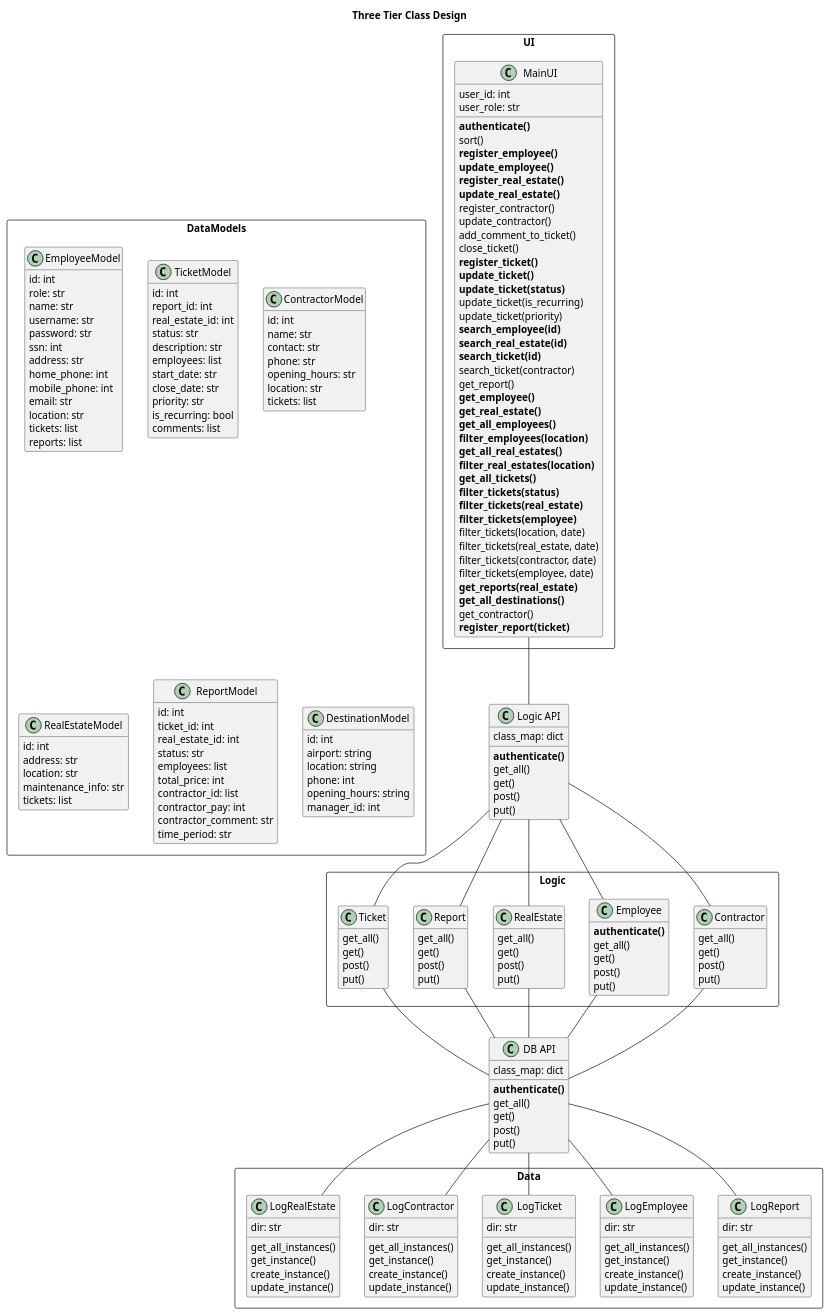
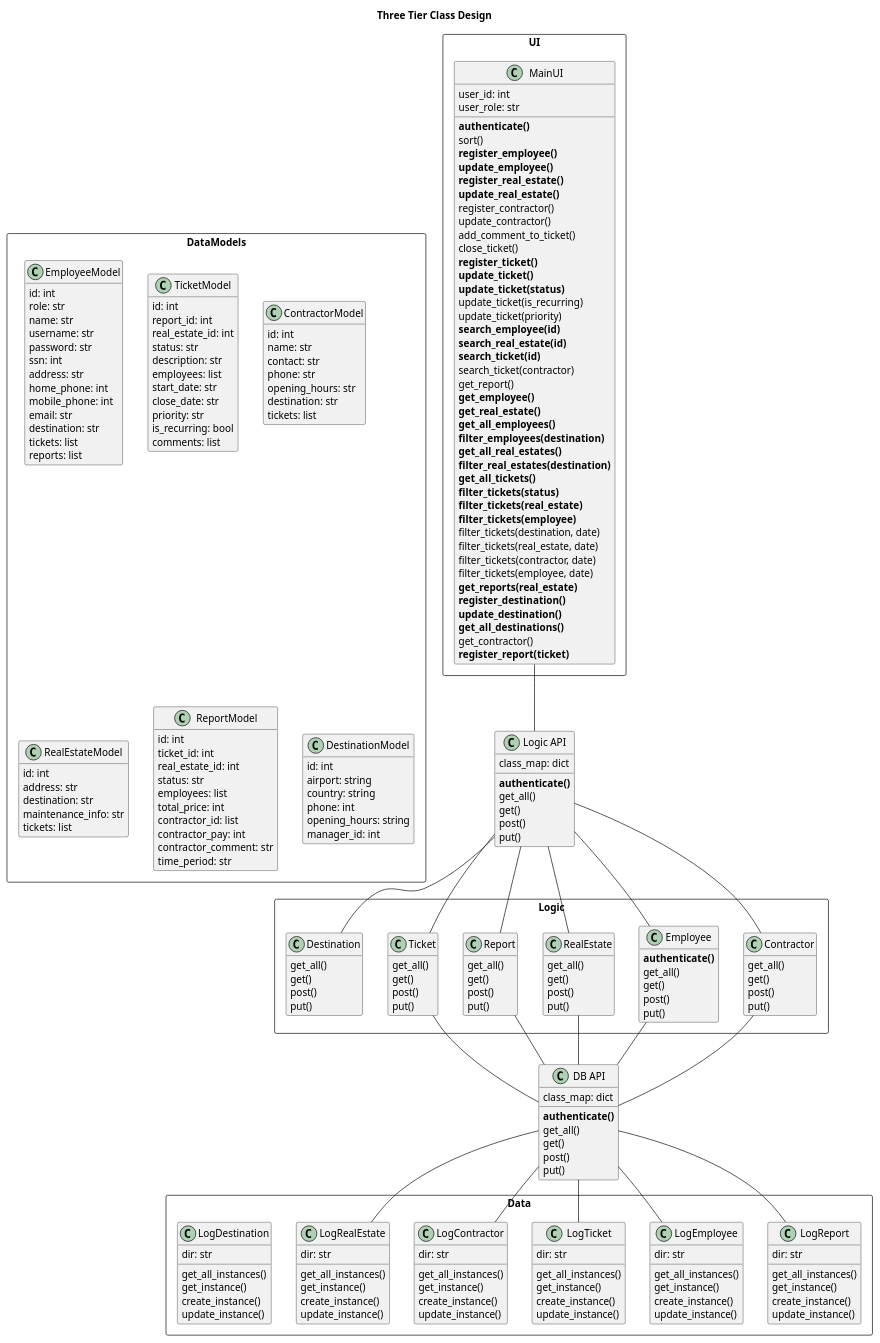
The diagram in design/class_diagrams/three_tier_II.puml (unnar19/pepsi-max), drawn with PlantUML before and after one commit. The commit also changed 7 other files, not shown here.

Commit message:
edit Schemas.py, three_tier_II.puml and cvs-files

```diff
--- a/design/class_diagrams/three_tier_II.puml
+++ b/design/class_diagrams/three_tier_II.puml
@@ -33,18 +33,20 @@
         **get_employee()**
         **get_real_estate()**
         **get_all_employees()**
-        **filter_employees(location)**
+        **filter_employees(destination)**
         **get_all_real_estates()**
-        **filter_real_estates(location)**
+        **filter_real_estates(destination)**
         **get_all_tickets()**
         **filter_tickets(status)**
         **filter_tickets(real_estate)**
         **filter_tickets(employee)**
-        filter_tickets(location, date)
+        filter_tickets(destination, date)
         filter_tickets(real_estate, date)
         filter_tickets(contractor, date)
         filter_tickets(employee, date)
         **get_reports(real_estate)**
+        **register_destination()**
+        **update_destination()**
         **get_all_destinations()**
         get_contractor()
         **register_report(ticket)**
@@ -117,12 +119,21 @@
         put()
         
     } 
+    
+    class Destination{
+        get_all()
+        get()
+        post()
+        put()
+        
+    }
 
     wrapper1 -Down- Report
     wrapper1 -Down- Employee
     wrapper1 -Down- Ticket
     wrapper1 -Down- RealEstate
     wrapper1 -Down- Contractor
+    wrapper1 -Down- Destination
 
 }
 
@@ -186,6 +197,13 @@
         create_instance()
         update_instance()
     }
+    class LogDestination{
+        dir: str
+        get_all_instances()
+        get_instance()
+        create_instance()
+        update_instance()
+    }
 
 }
 
@@ -201,7 +219,7 @@
         home_phone: int
         mobile_phone: int
         email: str
-        location: str
+        destination: str
         tickets: list
         reports: list
     }
@@ -224,13 +242,13 @@
         contact: str
         phone: str
         opening_hours: str
-        location: str
+        destination: str
         tickets: list
     }
     class RealEstateModel{
         id: int
         address: str
-        location: str
+        destination: str
         maintenance_info: str
         tickets: list
     }
@@ -249,7 +267,7 @@
     class DestinationModel {
         id: int
         airport: string
-        location: string
+        country: string
         phone: int
         opening_hours: string
         manager_id: int
```
